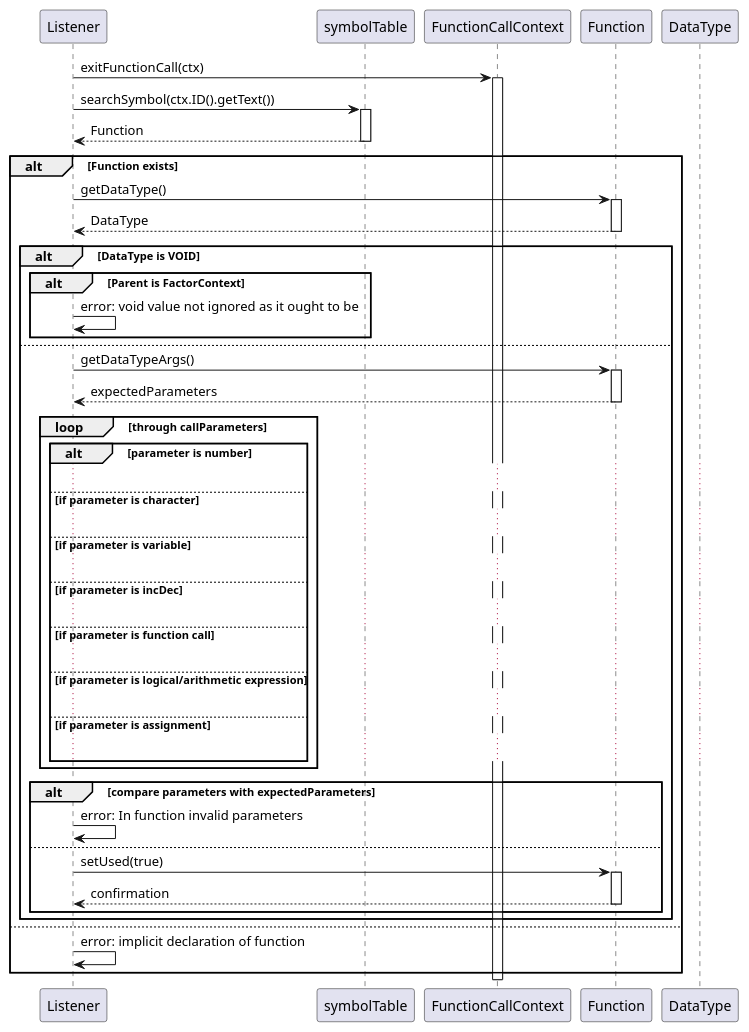
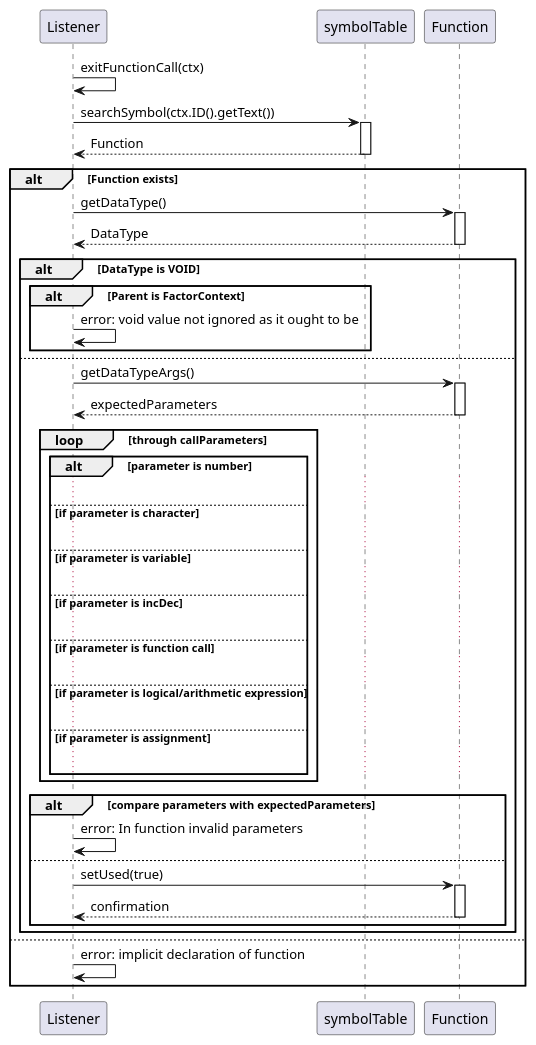
The diagram in src/main/java/compiladores/UML/callSequence.puml (francabrera0/PyCdeCompiladores2023), drawn with PlantUML before and after one commit. The commit also changed 2 other files, not shown here.

```diff
--- a/src/main/java/compiladores/UML/callSequence.puml
+++ b/src/main/java/compiladores/UML/callSequence.puml
@@ -1,58 +1,54 @@
 @startuml sequence
 participant Listener
 participant symbolTable
-participant FunctionCallContext
 participant Function
-participant DataType
 
-Listener -> FunctionCallContext: exitFunctionCall(ctx)
-activate FunctionCallContext
+Listener -> Listener: exitFunctionCall(ctx)
 Listener -> symbolTable: searchSymbol(ctx.ID().getText())
 activate symbolTable
 symbolTable --> Listener: Function
 deactivate symbolTable
 alt Function exists
     Listener -> Function: getDataType()
     activate Function
     Function --> Listener: DataType
     deactivate Function
     alt DataType is VOID
         alt Parent is FactorContext
             Listener -> Listener: error: void value not ignored as it ought to be
         end
     else
         Listener -> Function: getDataTypeArgs()
         activate Function
         Function --> Listener: expectedParameters
         deactivate Function
         loop through callParameters
             alt parameter is number
                 ...
             else if parameter is character
                 ...
             else if parameter is variable
                 ...
             else if parameter is incDec
                 ...
             else if parameter is function call
                 ...
             else if parameter is logical/arithmetic expression
                 ...
             else if parameter is assignment
                 ...
             end
         end
         alt compare parameters with expectedParameters
             Listener -> Listener: error: In function invalid parameters
         else
             Listener -> Function: setUsed(true)
             activate Function
             Function --> Listener: confirmation
             deactivate Function
         end
     end
 else
     Listener -> Listener: error: implicit declaration of function
 end
-deactivate FunctionCallContext
 @enduml
```
